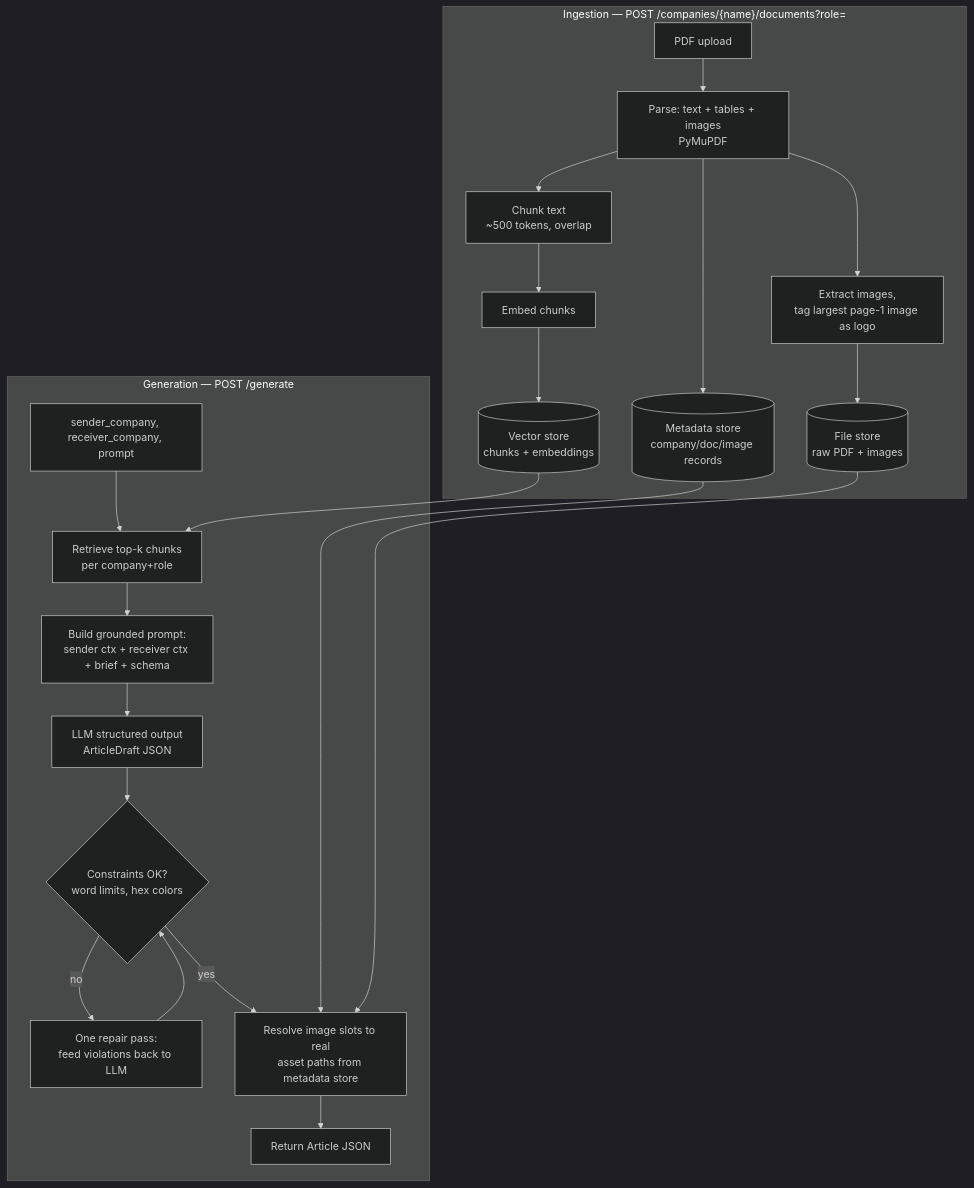
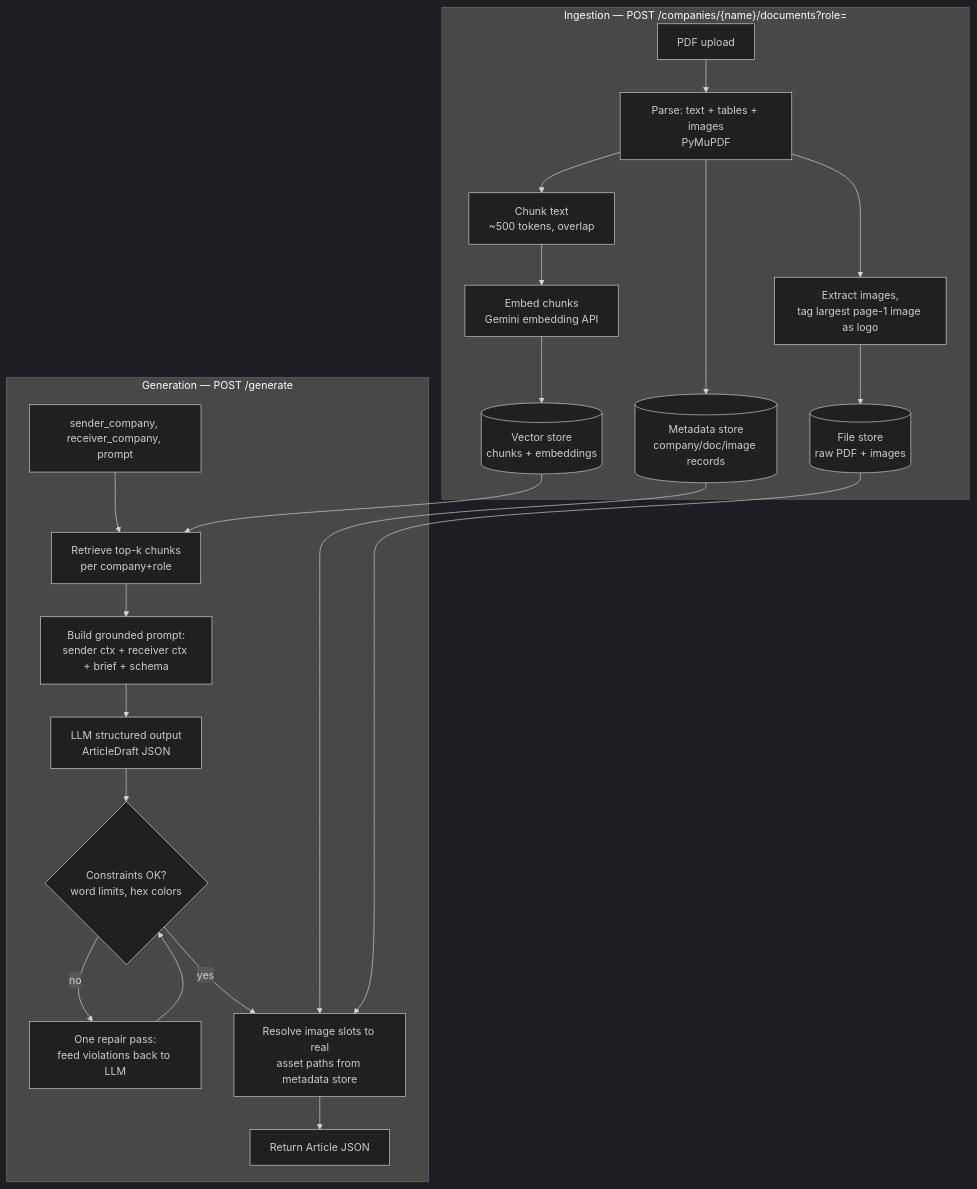
Before and after one commit to anacarolinafxavier19/automated-generative-marketing-app: the first of 2 diagrams in docs/architecture.md, drawn with Mermaid (dark theme). The commit also changed other lines of this file, not shown here.

````diff
--- a/docs/architecture.md
+++ b/docs/architecture.md
@@ -14,26 +20,26 @@
 ```mermaid
 flowchart TD
     subgraph Ingestion["Ingestion — POST /companies/{name}/documents?role="]
         A[PDF upload] --> B[Parse: text + tables + images<br/>PyMuPDF]
         B --> C[Chunk text<br/>~500 tokens, overlap]
-        C --> D[Embed chunks]
+        C --> D[Embed chunks<br/>Gemini embedding API]
         D --> E[(Vector store<br/>chunks + embeddings)]
         B --> F[Extract images,<br/>tag largest page-1 image as logo]
         F --> G[(File store<br/>raw PDF + images)]
         B --> H[(Metadata store<br/>company/doc/image records)]
     end
 
     subgraph Generation["Generation — POST /generate"]
         I[sender_company, receiver_company, prompt] --> J[Retrieve top-k chunks<br/>per company+role]
         E --> J
         J --> K[Build grounded prompt:<br/>sender ctx + receiver ctx + brief + schema]
         K --> L[LLM structured output<br/>ArticleDraft JSON]
         L --> M{Constraints OK?<br/>word limits, hex colors}
         M -- no --> N[One repair pass:<br/>feed violations back to LLM]
         N --> M
         M -- yes --> O[Resolve image slots to real<br/>asset paths from metadata store]
         H --> O
         G --> O
         O --> P[Return Article JSON]
     end
 ```
````
